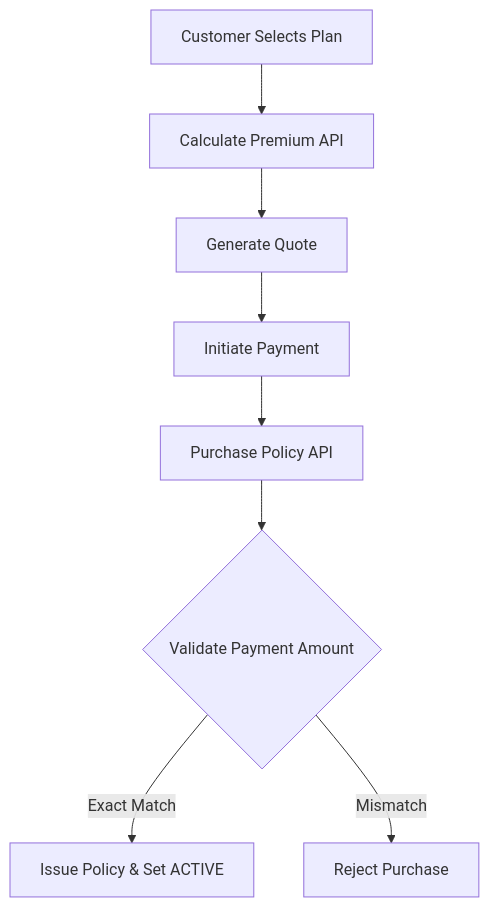
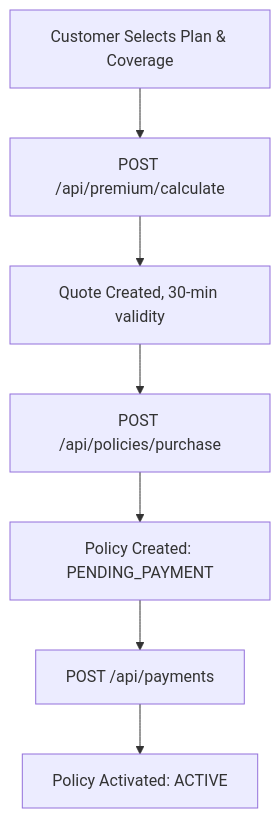
One commit to Gurry-12/insurance-policy-claim-capstone-project changed the diagram in docs/03_API/Policy_API.md. Above: the diagram before and after it, drawn with Mermaid. The commit also changed other lines of this file and 112 other files, not shown here.

Commit message:
docs: complete enterprise documentation audit, diagrams, ELK & Redis cards, and 1/3 balanced viva guide

````diff
--- a/docs/03_API/Policy_API.md
+++ b/docs/03_API/Policy_API.md
@@ -27,10 +26,9 @@
 ```mermaid
 flowchart TD
-    A[Customer Selects Plan] --> B[Calculate Premium API]
-    B --> C[Generate Quote]
-    C --> D[Initiate Payment]
-    D --> E[Purchase Policy API]
-    E --> F{Validate Payment Amount}
-    F -- Exact Match --> G[Issue Policy & Set ACTIVE]
-    F -- Mismatch --> H[Reject Purchase]
+    A[Customer Selects Plan & Coverage] --> B[POST /api/premium/calculate]
+    B --> C[Quote Created, 30-min validity]
+    C --> D[POST /api/policies/purchase]
+    D --> E[Policy Created: PENDING_PAYMENT]
+    E --> F[POST /api/payments]
+    F --> G[Policy Activated: ACTIVE]
 ```
````
